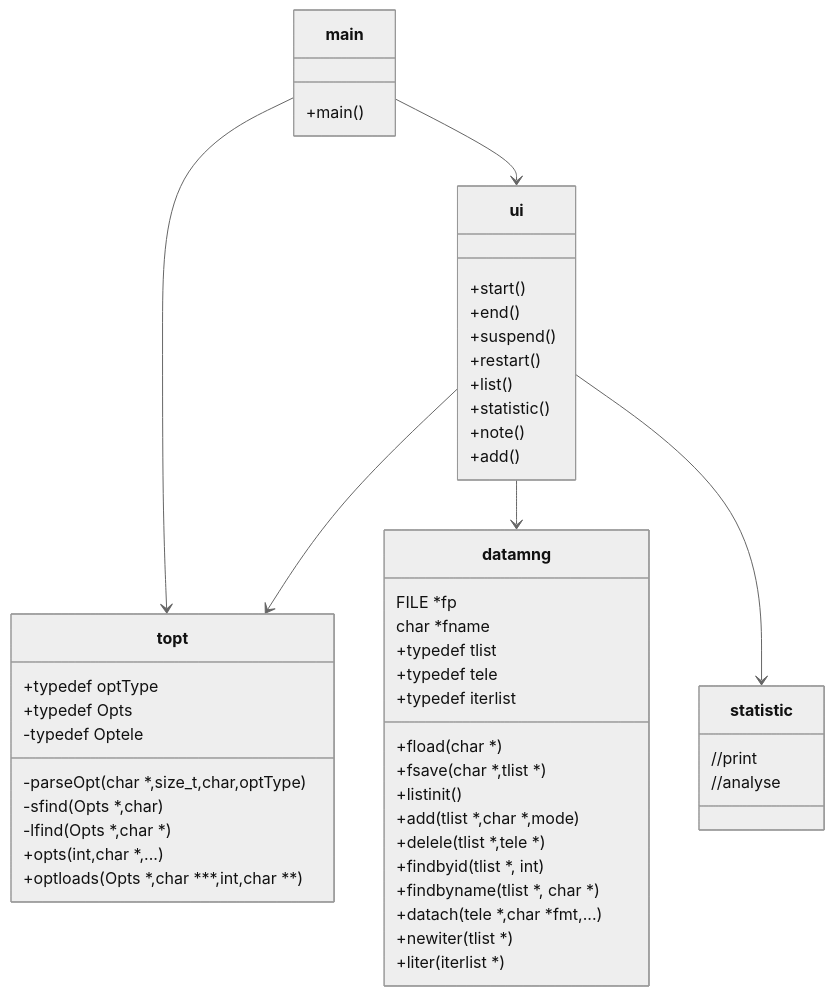
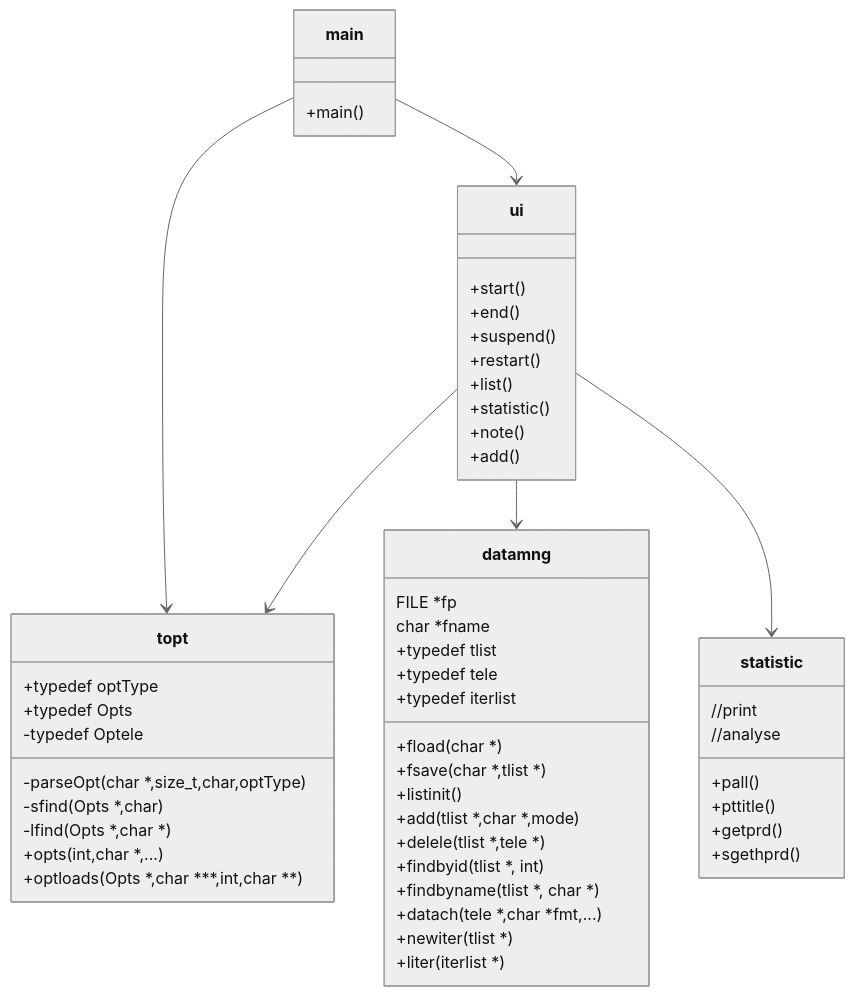
The diagram in 项目结构.md (roberChen/timer-mirror), drawn with Mermaid (neutral theme) before and after one commit. The commit also changed 6 other files, not shown here.

````diff
--- a/项目结构.md
+++ b/项目结构.md
@@ -5,63 +5,66 @@
 ```mermaid
 classDiagram
 class main{
 +main()
 }
 
 class topt{
 +typedef optType
 +typedef Opts
 -typedef Optele
 
 
 -parseOpt(char *,size_t,char,optType)
 -sfind(Opts *,char)
 -lfind(Opts *,char *)
 
 +opts(int,char *,...)
 +optloads(Opts *,char ***,int,char **)
 }
 
 class datamng{
 FILE *fp
 char *fname
 +typedef tlist
 +typedef tele
 +typedef iterlist
 
 +fload(char *)
 +fsave(char *,tlist *)
 
 +listinit()
 +add(tlist *,char *,mode)
 +delele(tlist *,tele *)
 +findbyid(tlist *, int)
 +findbyname(tlist *, char *)
 +datach(tele *,char *fmt,...)
 +newiter(tlist *)
 +liter(iterlist *)
 }
 
 class statistic{
 //print
-
++pall()
++pttitle()
++getprd()
++sgethprd()
 //analyse
 }
 
 class ui{
 +start()
 +end()
 +suspend()
 +restart()
 +list()
 +statistic()
 +note()
 +add()
 }
 
 main-->ui
 main-->topt
 ui-->topt
 ui-->datamng
 ui-->statistic
 ```
````
